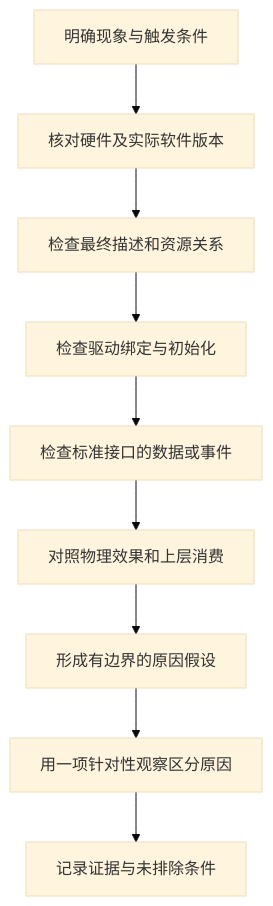
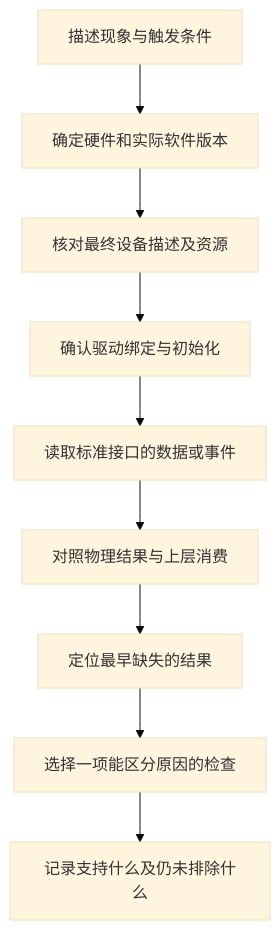
Before and after one commit to Bamboo-tt/RK3566_Ground_segment: the diagram in docs/RK3566_项目学习/11_故障排查与验证.md, drawn with Mermaid (base theme). The commit also changed other lines of this file and 19 other files, not shown here.

````diff
--- a/docs/RK3566_项目学习/11_故障排查与验证.md
+++ b/docs/RK3566_项目学习/11_故障排查与验证.md
@@ -13,11 +17,11 @@
 ```mermaid
 flowchart TD
-    S[明确现象与触发条件] --> V[核对硬件及实际软件版本]
-    V --> D[检查最终描述和资源关系]
-    D --> B[检查驱动绑定与初始化]
-    B --> I[检查标准接口的数据或事件]
-    I --> P[对照物理效果和上层消费]
-    P --> H[形成有边界的原因假设]
-    H --> C[用一项针对性观察区分原因]
-    C --> R[记录证据与未排除条件]
+    S[描述现象与触发条件] --> V[确定硬件和实际软件版本]
+    V --> D[核对最终设备描述及资源]
+    D --> B[确认驱动绑定与初始化]
+    B --> I[读取标准接口的数据或事件]
+    I --> P[对照物理结果与上层消费]
+    P --> H[定位最早缺失的结果]
+    H --> C[选择一项能区分原因的检查]
+    C --> R[记录支持什么及仍未排除什么]
 ```
````
